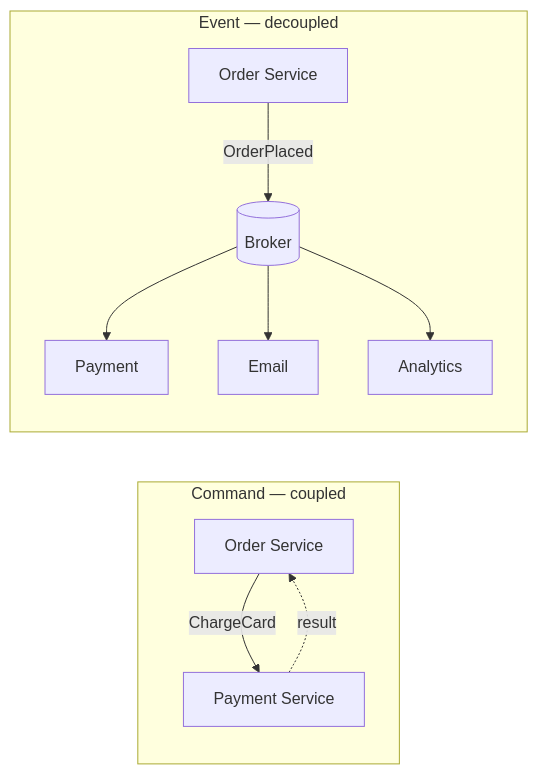
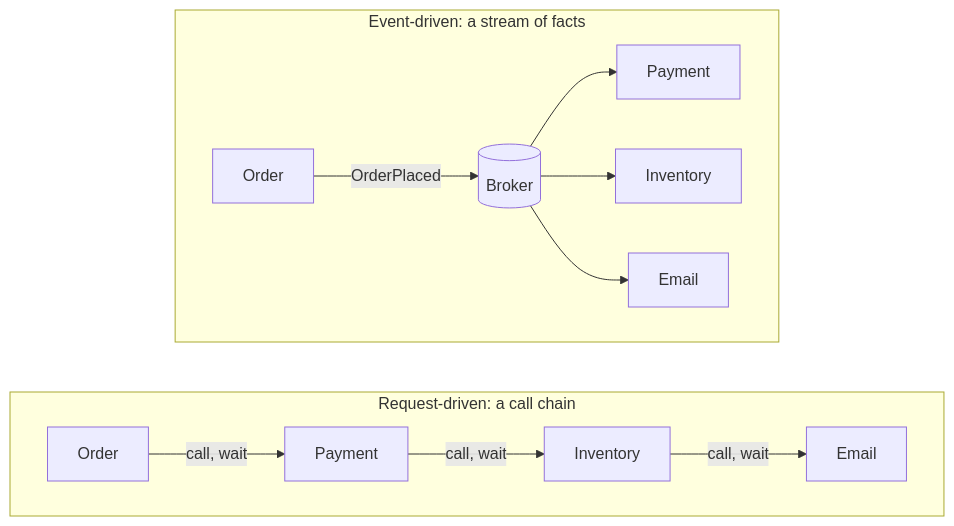
The first of 3 diagrams in github-pages/docs/event-driven/index.md (AndrewAltimit/Documentation), drawn with Mermaid before and after one commit. The commit also changed other lines of this file and 240 other files, not shown here.

````diff
--- a/github-pages/docs/event-driven/index.md
+++ b/github-pages/docs/event-driven/index.md
@@ -46,13 +21,16 @@
 ```mermaid
 flowchart LR
-    subgraph Command["Command — coupled"]
-        A["Order Service"] -->|"ChargeCard"| B["Payment Service"]
-        B -.->|"result"| A
+    subgraph Sync["Request-driven: a call chain"]
+        direction LR
+        O1["Order"] -->|"call, wait"| P1["Payment"]
+        P1 -->|"call, wait"| I1["Inventory"]
+        I1 -->|"call, wait"| E1["Email"]
     end
-    subgraph Event["Event — decoupled"]
-        P["Order Service"] -->|"OrderPlaced"| Broker[("Broker")]
-        Broker --> C1["Payment"]
-        Broker --> C2["Email"]
-        Broker --> C3["Analytics"]
+    subgraph Async["Event-driven: a stream of facts"]
+        direction LR
+        O2["Order"] -->|"OrderPlaced"| B[("Broker")]
+        B --> P2["Payment"]
+        B --> I2["Inventory"]
+        B --> E2["Email"]
     end
 ```
````
